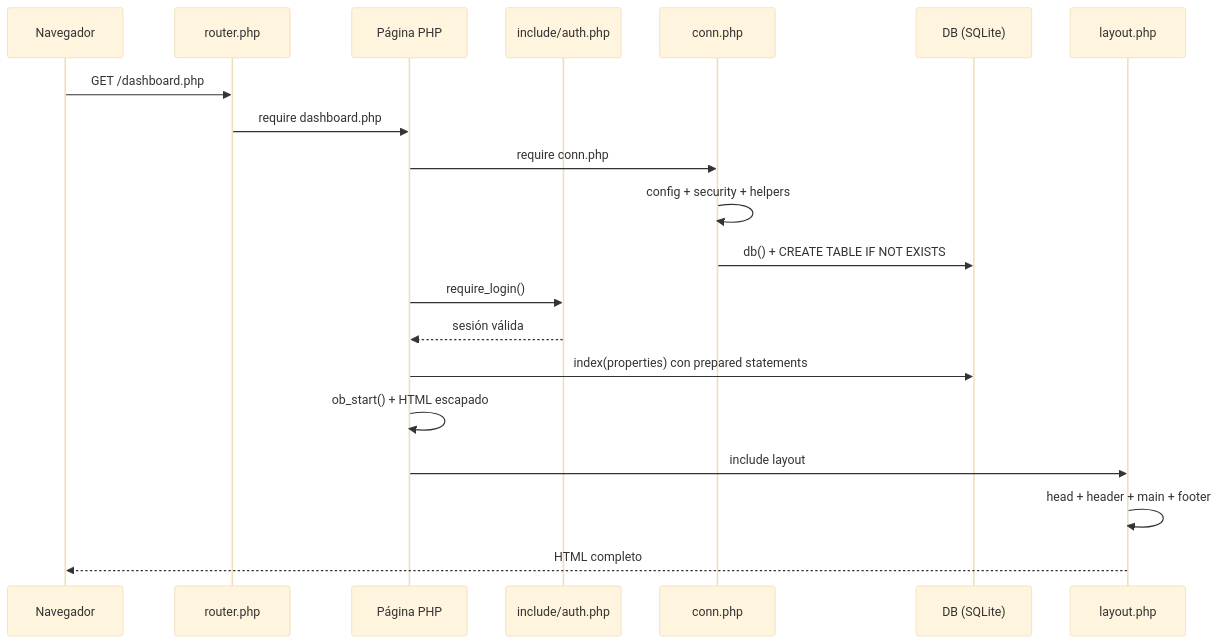
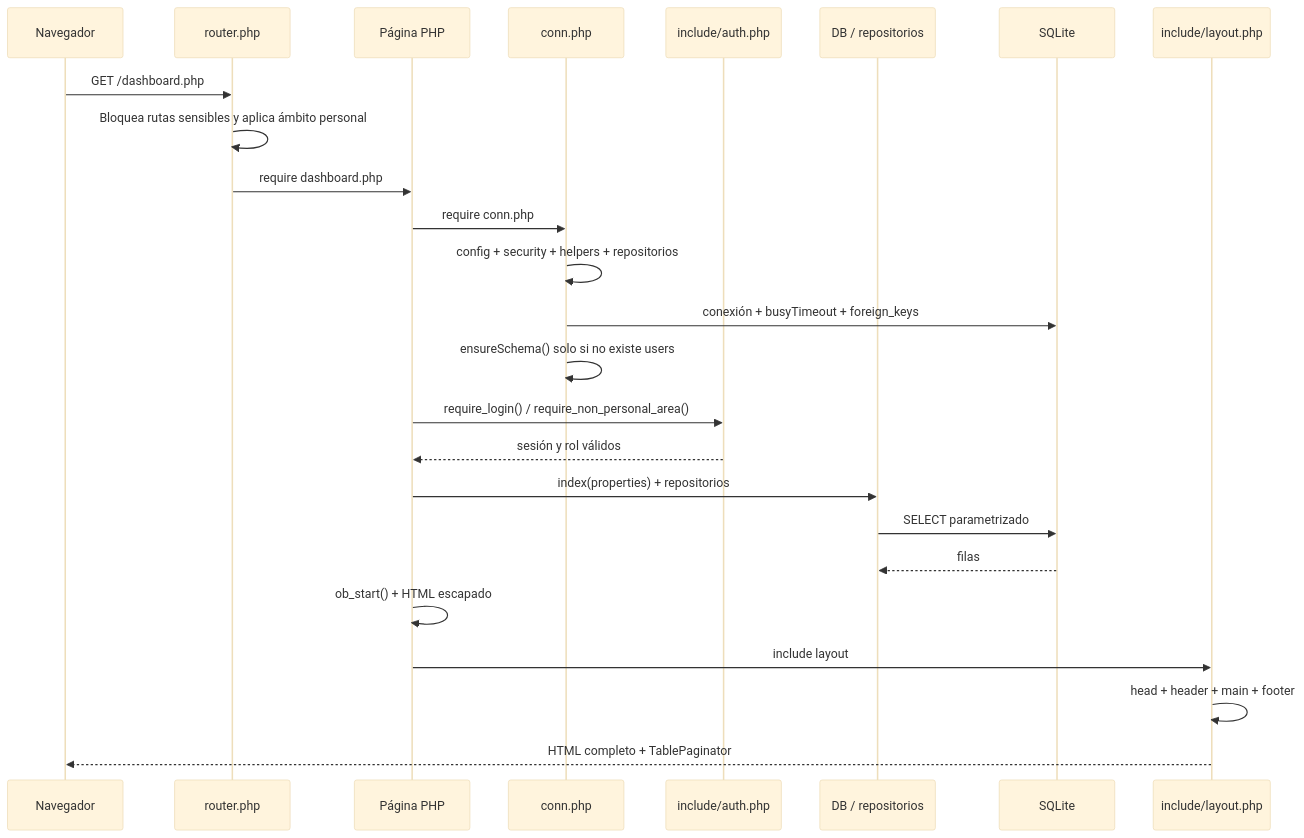
One commit to noemdb/systec changed the second of 5 diagrams in docs/ARCHITECTURE.md. Above: the diagram before and after it, drawn with Mermaid (base theme). The commit also changed other lines of this file and 38 other files, not shown here.

````diff
--- a/docs/ARCHITECTURE.md
+++ b/docs/ARCHITECTURE.md
@@ -166,23 +174,28 @@
 ```mermaid
 sequenceDiagram
     participant N as Navegador
     participant R as router.php
     participant P as Página PHP
+    participant C as conn.php
     participant A as include/auth.php
-    participant C as conn.php
-    participant D as DB (SQLite)
-    participant L as layout.php
+    participant DB as DB / repositorios
+    participant S as SQLite
+    participant L as include/layout.php
 
     N->>R: GET /dashboard.php
+    R->>R: Bloquea rutas sensibles y aplica ámbito personal
     R->>P: require dashboard.php
     P->>C: require conn.php
-    C->>C: config + security + helpers
-    C->>D: db() + CREATE TABLE IF NOT EXISTS
-    P->>A: require_login()
-    A-->>P: sesión válida
-    P->>D: index(properties) con prepared statements
+    C->>C: config + security + helpers + repositorios
+    C->>S: conexión + busyTimeout + foreign_keys
+    C->>C: ensureSchema() solo si no existe users
+    P->>A: require_login() / require_non_personal_area()
+    A-->>P: sesión y rol válidos
+    P->>DB: index(properties) + repositorios
+    DB->>S: SELECT parametrizado
+    S-->>DB: filas
     P->>P: ob_start() + HTML escapado
     P->>L: include layout
     L->>L: head + header + main + footer
-    L-->>N: HTML completo
+    L-->>N: HTML completo + TablePaginator
 ```
````
